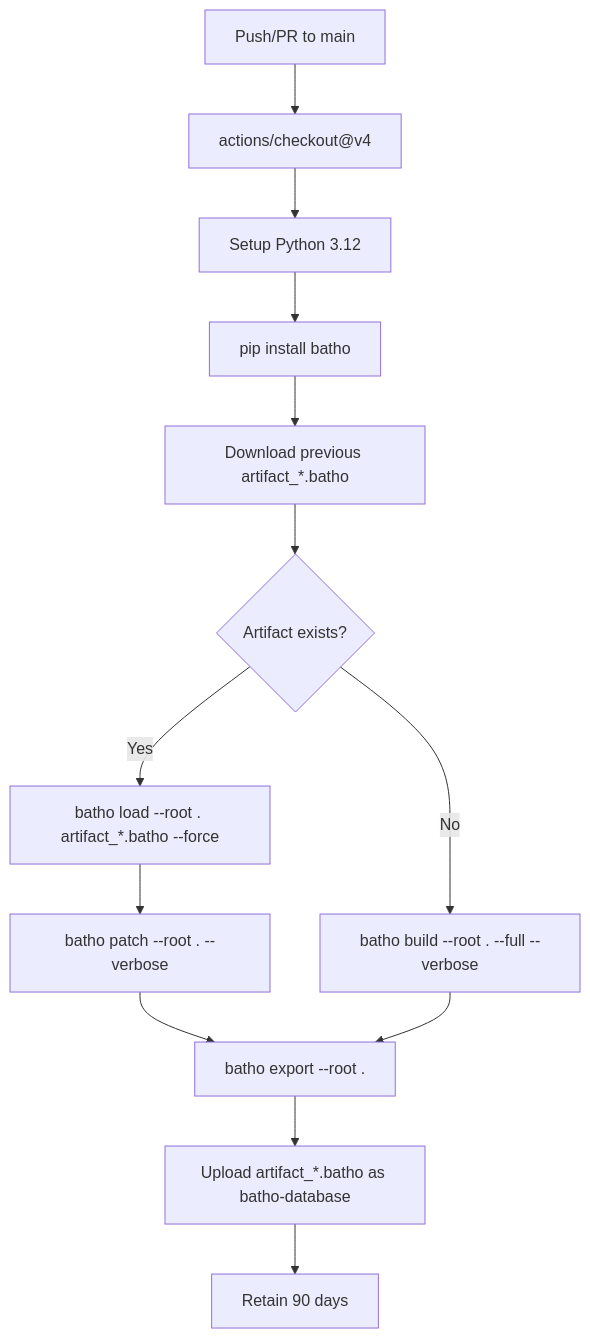
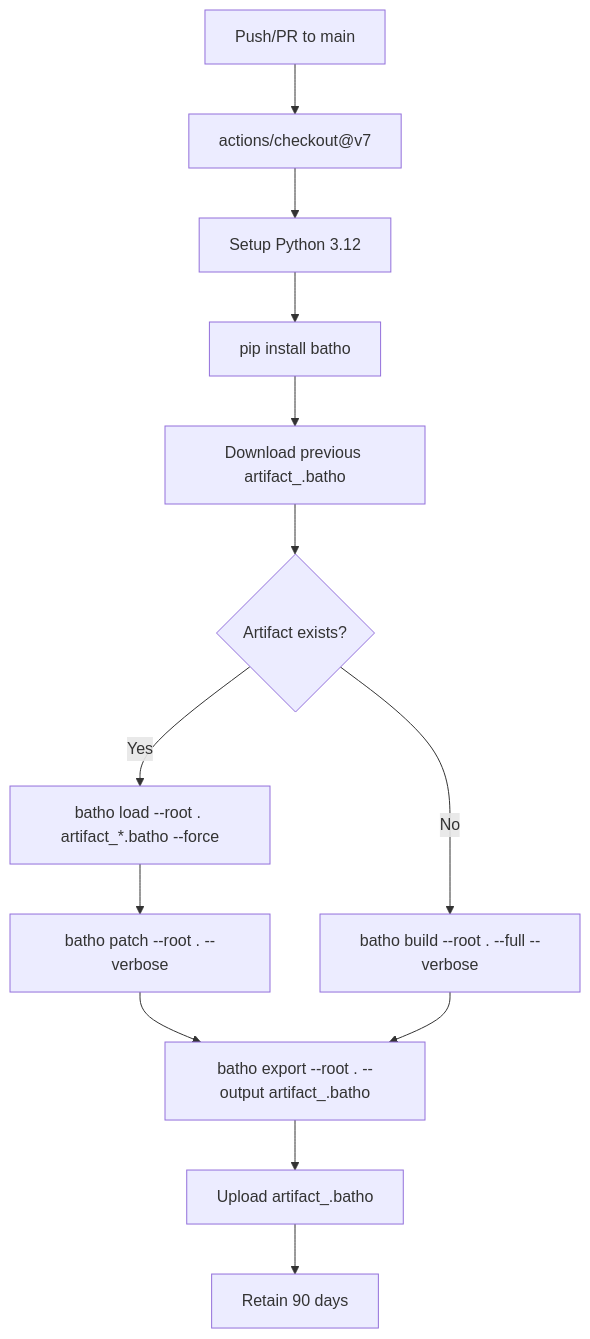
Before and after one commit to sageoz/Batho: the diagram in docs-site/docs/cicd/github-actions.md, drawn with Mermaid. The commit also changed other lines of this file and 52 other files, not shown here.

````diff
--- a/docs-site/docs/cicd/github-actions.md
+++ b/docs-site/docs/cicd/github-actions.md
@@ -7,15 +7,15 @@
 ```mermaid
 flowchart TD
-    A["Push/PR to main"] --> B["actions/checkout@v4"]
+    A["Push/PR to main"] --> B["actions/checkout@v7"]
     B --> C["Setup Python 3.12"]
     C --> D["pip install batho"]
-    D --> E["Download previous artifact_*.batho"]
+    D --> E["Download previous artifact_<repo>.batho"]
     E --> F{"Artifact exists?"}
     F -- Yes --> G["batho load --root . artifact_*.batho --force"]
     G --> H["batho patch --root . --verbose"]
     F -- No --> I["batho build --root . --full --verbose"]
-    H --> J["batho export --root ."]
+    H --> J["batho export --root . --output artifact_<repo>.batho"]
     I --> J
-    J --> K["Upload artifact_*.batho as batho-database"]
+    J --> K["Upload artifact_<repo>.batho"]
     K --> L["Retain 90 days"]
 ```
````
